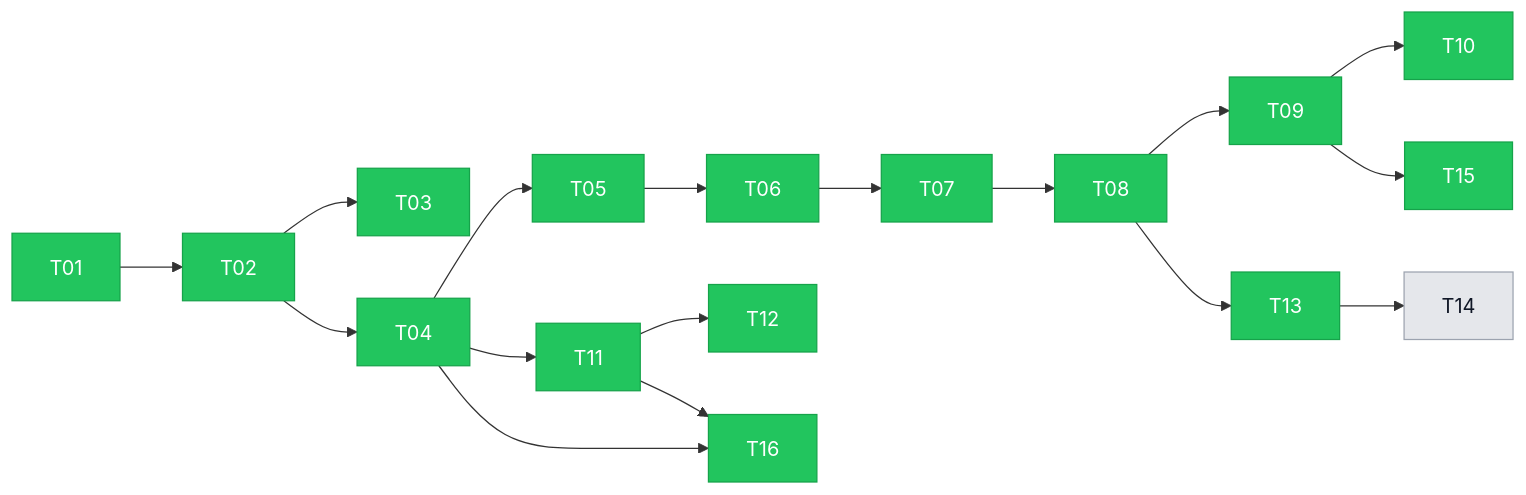
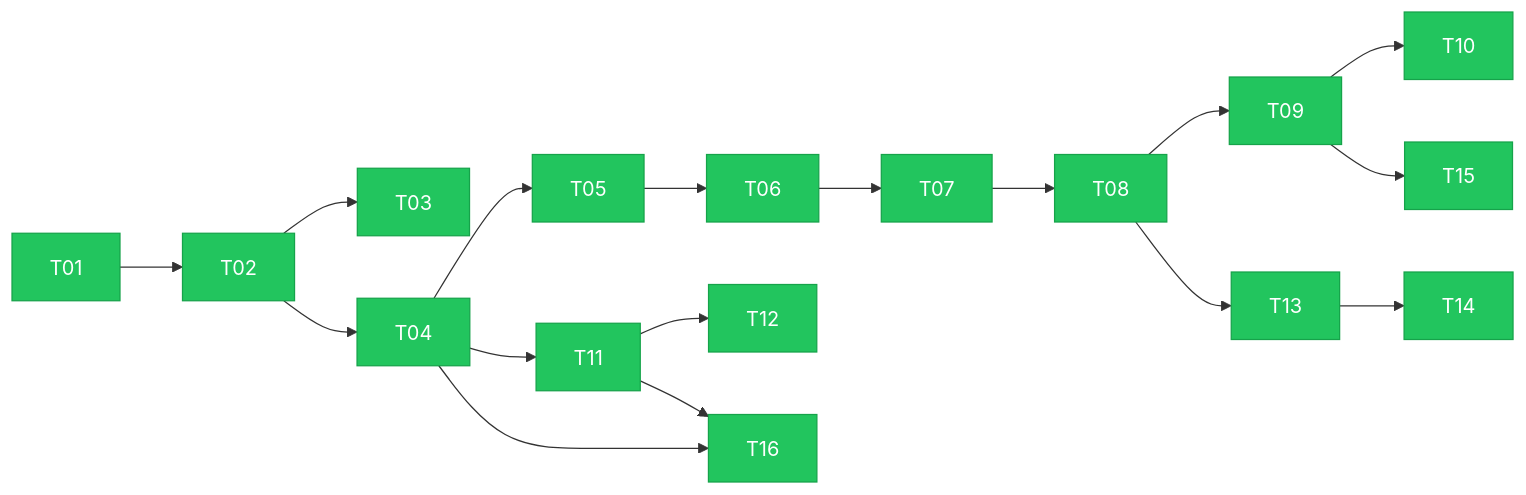
One commit to enw/e10d-crm changed the diagram in docs/kanban.md. Above: the diagram before and after it, drawn with Mermaid. The commit also changed other lines of this file and 7 other files, not shown here.

````diff
--- a/docs/kanban.md
+++ b/docs/kanban.md
@@ -27,22 +27,22 @@
 ```mermaid
 flowchart LR
   T01:::done --> T02:::done
   T02:::done --> T03:::done
   T02:::done --> T04:::done
   T04:::done --> T05:::done
   T05:::done --> T06:::done
   T06:::done --> T07:::done
   T07:::done --> T08:::done
   T08:::done --> T09:::done
   T09:::done --> T10:::done
   T04:::done --> T11:::done
   T11:::done --> T12:::done
   T08:::done --> T13:::done
-  T13:::done --> T14:::open
+  T13:::done --> T14:::done
   T09:::done --> T15:::done
   T04:::done --> T16:::done
   T11:::done --> T16:::done
 
   classDef done fill:#22c55e,color:#fff,stroke:#16a34a
   classDef open fill:#e5e7eb,color:#111827,stroke:#9ca3af
 ```
````
